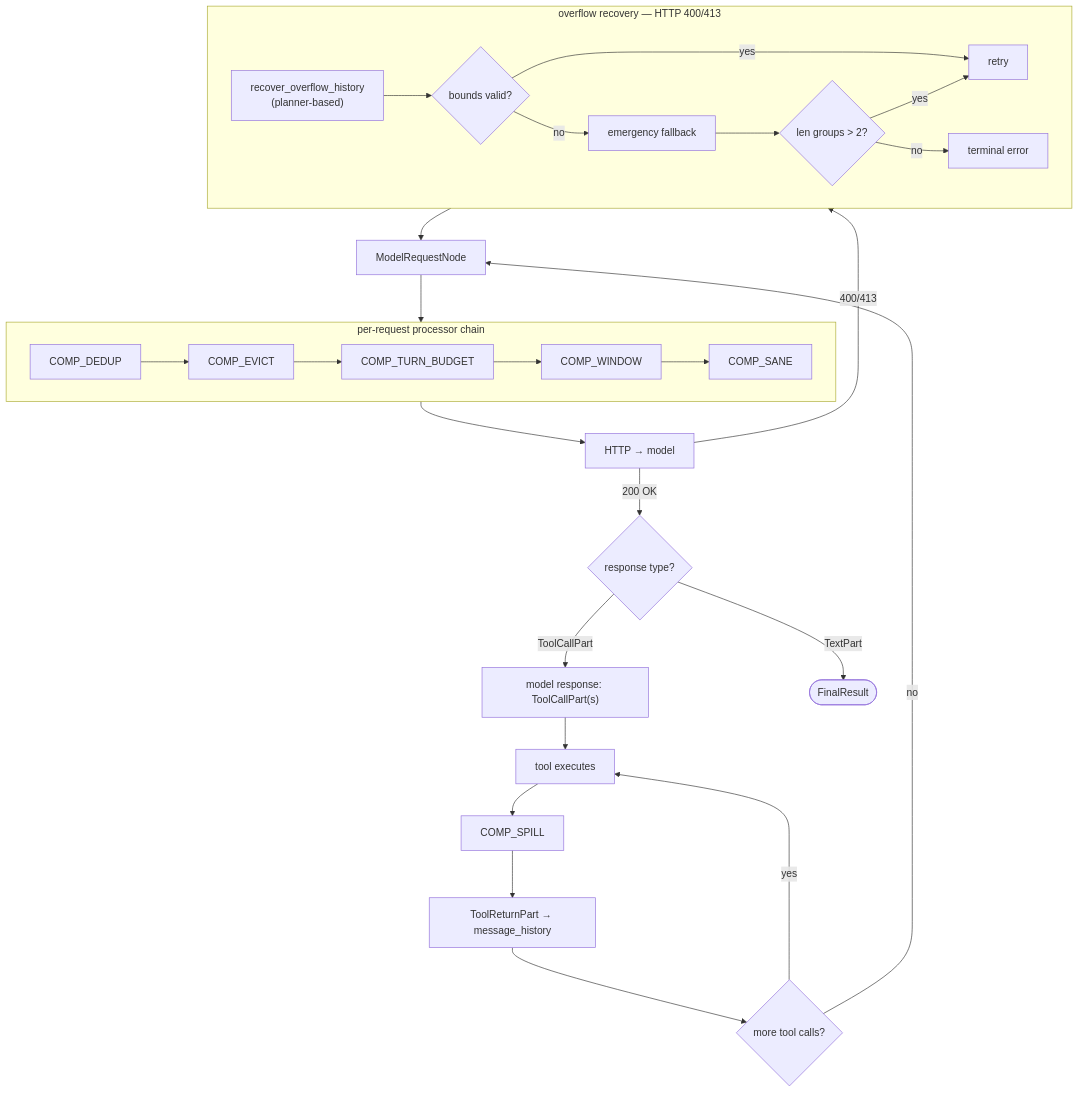
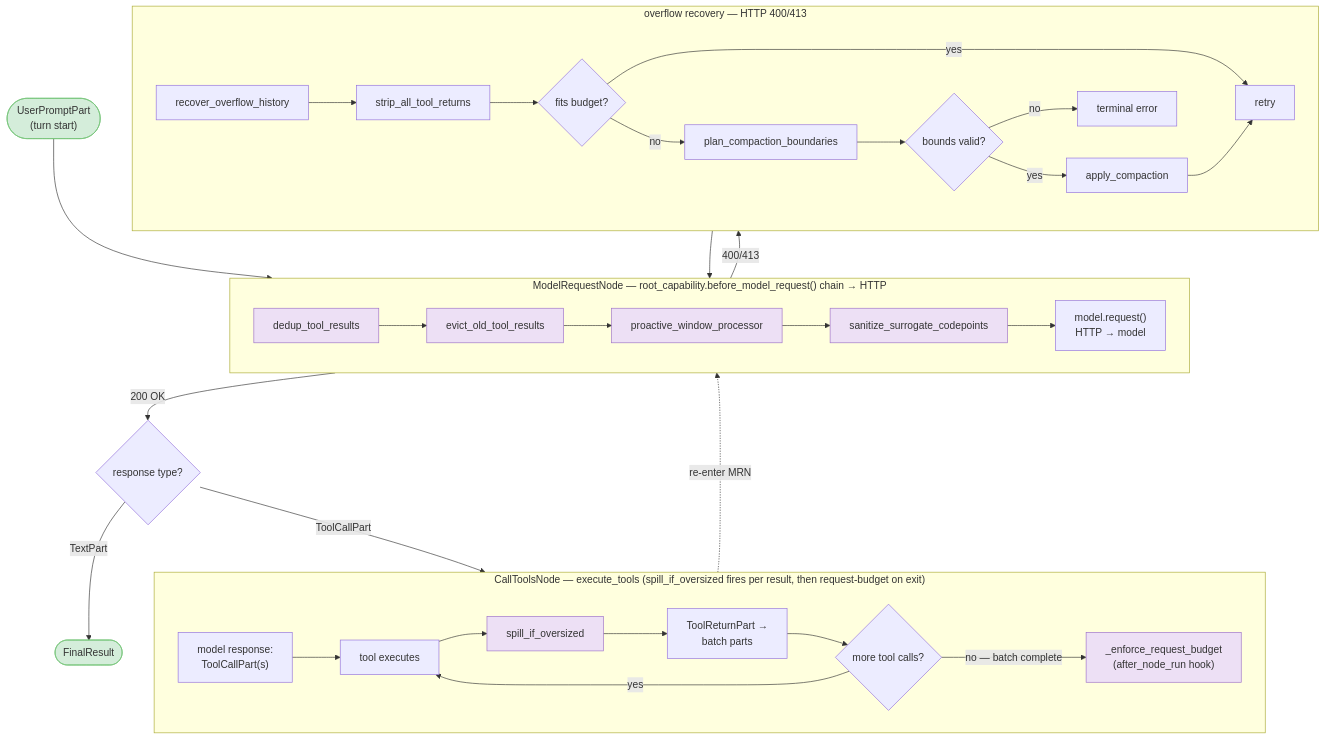
Before and after one commit to binlecode/co-cli: the first of 2 diagrams in docs/specs/compaction.md, drawn with Mermaid. The commit also changed other lines of this file and 23 other files, not shown here.

First line of the commit message:
refactor(compaction): single-tier overflow recovery, v0.8.140

````diff
--- a/docs/specs/compaction.md
+++ b/docs/specs/compaction.md
@@ -82,36 +35,41 @@
 ```mermaid
 flowchart TD
-    TCALL["model response: ToolCallPart(s)"]
-    EXEC["tool executes"]
-    M1["COMP_SPILL"]
-    HIST["ToolReturnPart → message_history"]
-    MORE{"more tool calls?"}
-    MRN["ModelRequestNode"]
+    UPN(["UserPromptPart\n(turn start)"])
+    FINAL(["FinalResult"])
+    RTYPE{"response type?"}
 
-    subgraph Chain["per-request processor chain"]
+    subgraph MRN["ModelRequestNode — root_capability.before_model_request() chain → HTTP"]
         direction LR
-        C0["COMP_DEDUP"] --> C1["COMP_EVICT"] --> C2["COMP_TURN_BUDGET"] --> C3["COMP_WINDOW"] --> C4["COMP_SANE"]
+        C0["dedup_tool_results"] --> C1["evict_old_tool_results"] --> C2["proactive_window_processor"] --> C3["sanitize_surrogate_codepoints"] --> HTTP["model.request()\nHTTP → model"]
     end
 
-    HTTP["HTTP → model"]
-    RTYPE{"response type?"}
-    FINAL(["FinalResult"])
+    subgraph CTN["CallToolsNode — execute_tools (spill_if_oversized fires per result, then request-budget on exit)"]
+        direction LR
+        TCALL["model response:\nToolCallPart(s)"] --> EXEC["tool executes"] --> M1["spill_if_oversized"] --> HIST["ToolReturnPart →\nbatch parts"] --> MORE{"more tool calls?"}
+        MORE -->|yes| EXEC
+        MORE -->|"no — batch complete"| ENFORCE["_enforce_request_budget\n(after_node_run hook)"]
+    end
 
     subgraph OVF["overflow recovery — HTTP 400/413"]
         direction LR
-        OV1["recover_overflow_history\n(planner-based)"] --> OV2{"bounds valid?"}
-        OV2 -->|yes| OV3["retry"]
-        OV2 -->|no| OV4["emergency fallback"] --> OV5{"len groups &gt; 2?"}
-        OV5 -->|yes| OV3
-        OV5 -->|no| OV6["terminal error"]
+        OV1["recover_overflow_history"] --> OV2["strip_all_tool_returns"]
+        OV2 --> OV3{"fits budget?"}
+        OV3 -->|yes| OV4["retry"]
+        OV3 -->|no| OV5["plan_compaction_boundaries"] --> OV6{"bounds valid?"}
+        OV6 -->|yes| OV7["apply_compaction"] --> OV4
+        OV6 -->|no| OV8["terminal error"]
     end
 
-    TCALL --> EXEC --> M1 --> HIST --> MORE
-    MORE -->|yes| EXEC
-    MORE -->|no| MRN --> Chain --> HTTP
+    UPN --> C0
     HTTP -->|"200 OK"| RTYPE
-    HTTP -->|"400/413"| OVF
-    OVF --> MRN
+    HTTP -->|"400/413"| OV1
+    OV3 --> C0
     RTYPE -->|ToolCallPart| TCALL
     RTYPE -->|TextPart| FINAL
+    ENFORCE -.->|"re-enter MRN"| C0
+
+    classDef hook fill:#ede0f5,stroke:#9c6fc7
+    classDef term fill:#d4edda,stroke:#74c476
+    class C0,C1,C2,C3,M1,ENFORCE hook
+    class UPN,FINAL term
 ```
````
